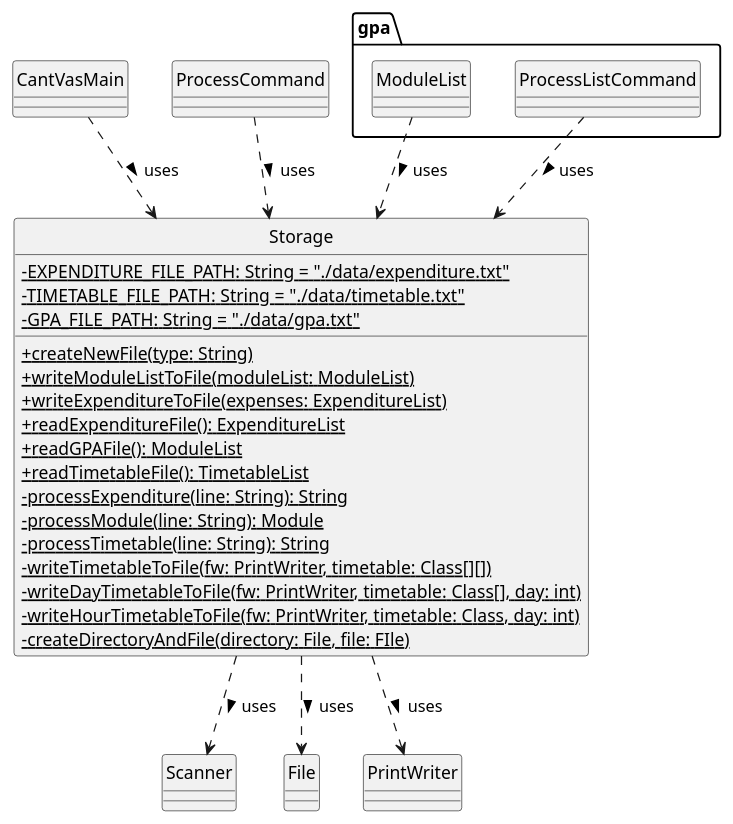
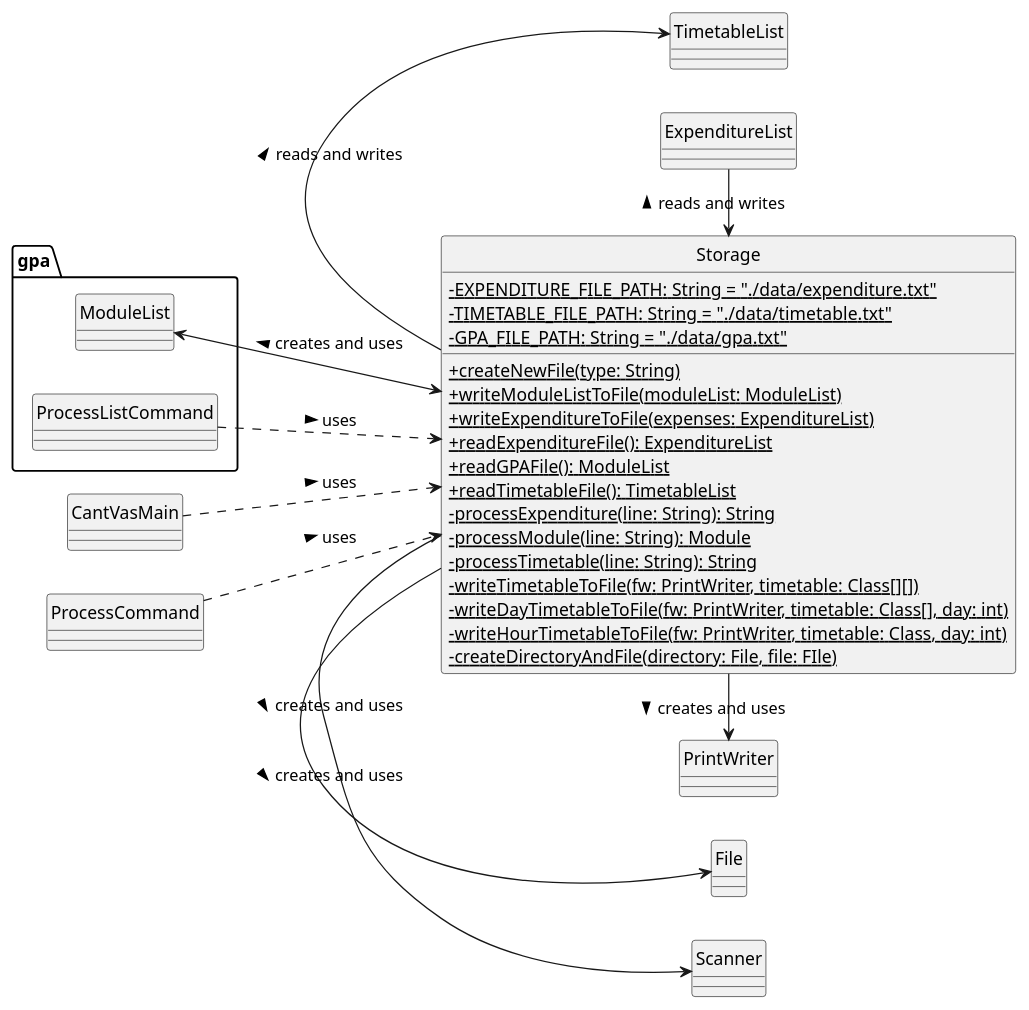
One commit to nyh3/tp changed the diagram in docs/diagrams/classdiagram/StorageCD.puml. Above: the diagram before and after it, drawn with PlantUML. The commit also changed 4 other files, not shown here.

Commit message:
Edit diagrams and add explanation for storage and processcommand

```diff
--- a/docs/diagrams/classdiagram/StorageCD.puml
+++ b/docs/diagrams/classdiagram/StorageCD.puml
@@ -1,56 +1,69 @@
 @startuml
 'https://plantuml.com/class-diagram
 
 hide circle
 skinparam classAttributeIconSize 0
+left to right direction
+
+class Scanner {
+}
+
+class File {
+}
+
+class PrintWriter {
+}
+
+class CantVasMain {
+}
+
+class ProcessCommand {
+}
 
 class Storage {
     - {static} EXPENDITURE_FILE_PATH: String = "./data/expenditure.txt"
     - {static} TIMETABLE_FILE_PATH: String = "./data/timetable.txt"
     - {static} GPA_FILE_PATH: String = "./data/gpa.txt"
     + {static} createNewFile(type: String)
     + {static} writeModuleListToFile(moduleList: ModuleList)
     + {static} writeExpenditureToFile(expenses: ExpenditureList)
     + {static} readExpenditureFile(): ExpenditureList
     + {static} readGPAFile(): ModuleList
     + {static} readTimetableFile(): TimetableList
     - {static} processExpenditure(line: String): String
     - {static} processModule(line: String): Module
     - {static} processTimetable(line: String): String
     - {static} writeTimetableToFile(fw: PrintWriter, timetable: Class[][])
     - {static} writeDayTimetableToFile(fw: PrintWriter, timetable: Class[], day: int)
     - {static} writeHourTimetableToFile(fw: PrintWriter, timetable: Class, day: int)
     - {static} createDirectoryAndFile(directory: File, file: FIle)
-    }
-
-class CantVasMain {
 }
 
-class ProcessCommand {
+
+
+class TimetableList {
+}
+
+class ExpenditureList {
 }
 
 package gpa {
     class ModuleList {
     }
 
     class ProcessListCommand {
     }
 }
 
-class Scanner {
-}
-
-class File {
-}
-
-class PrintWriter {
-}
+Storage <-> ModuleList: creates and uses >
+TimetableList <- Storage: reads and writes <
+ExpenditureList -> Storage: reads and writes <
+Storage -> Scanner: creates and uses >
+Storage -> File: creates and uses >
+Storage -> PrintWriter: creates and uses >
 
 CantVasMain ..> Storage: uses >
 ProcessCommand ..> Storage: uses >
 ProcessListCommand ..> Storage: uses >
-ModuleList ..> Storage: uses >
-Storage ..> Scanner: uses >
-Storage ..> File: uses >
-Storage ..> PrintWriter: uses >
+
 @enduml
```
